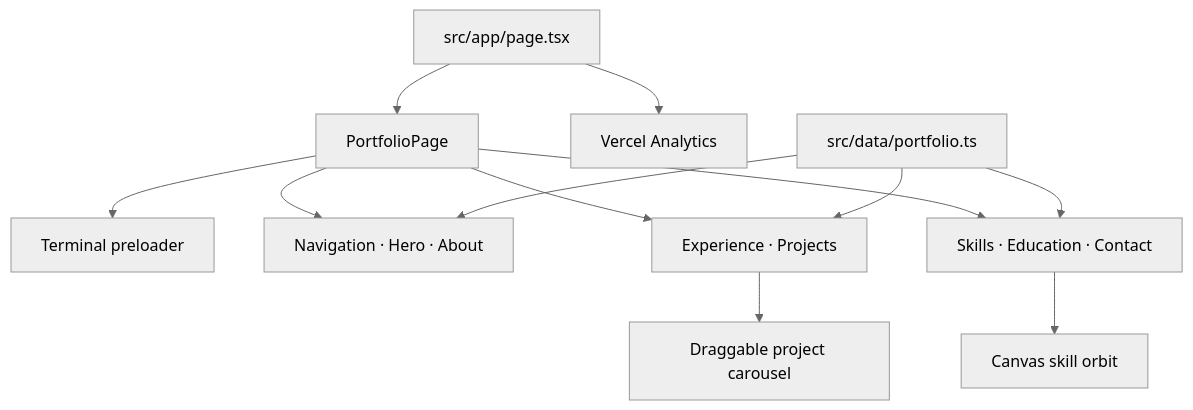
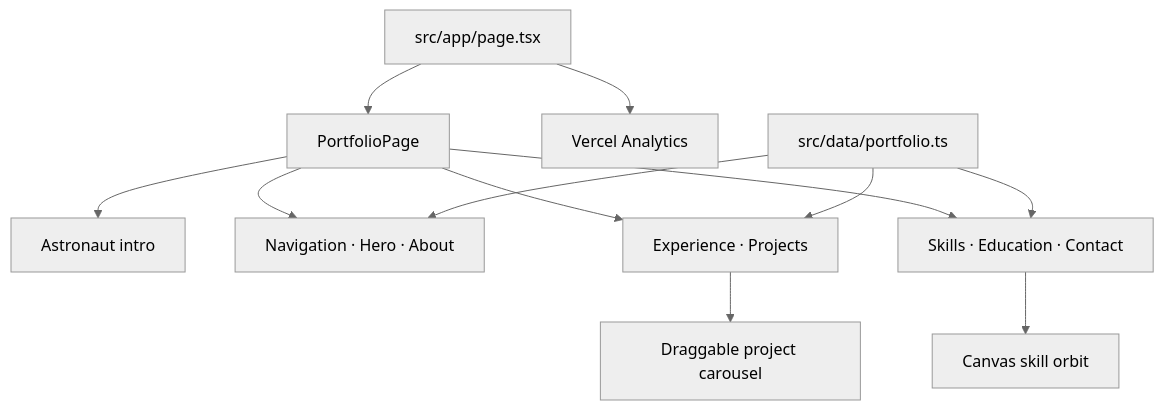
One commit to Ben2104/portfolio changed the diagram in README.md. Above: the diagram before and after it, drawn with Mermaid (neutral theme). The commit also changed other lines of this file and 4 other files, not shown here.

Commit message:
Replace terminal preloader with self-dismissing astronaut intro

````diff
--- a/README.md
+++ b/README.md
@@ -36,14 +36,14 @@
 ```mermaid
 flowchart TD
     A["src/app/page.tsx"] --> B["PortfolioPage"]
     A --> C["Vercel Analytics"]
-    B --> D["Terminal preloader"]
+    B --> D["Astronaut intro"]
     B --> E["Navigation · Hero · About"]
     B --> F["Experience · Projects"]
     B --> G["Skills · Education · Contact"]
     H["src/data/portfolio.ts"] --> E
     H --> F
     H --> G
     F --> I["Draggable project carousel"]
     G --> J["Canvas skill orbit"]
 ```
````
